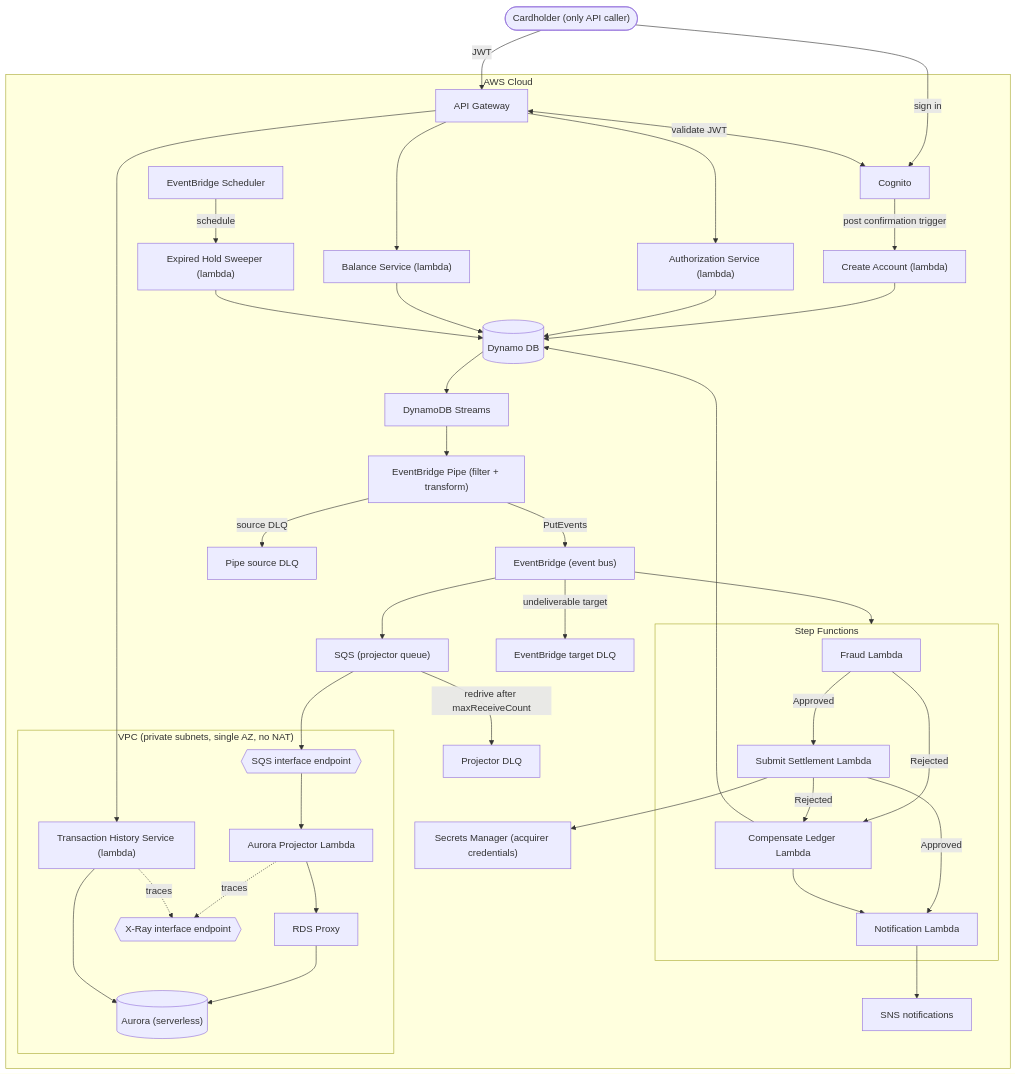
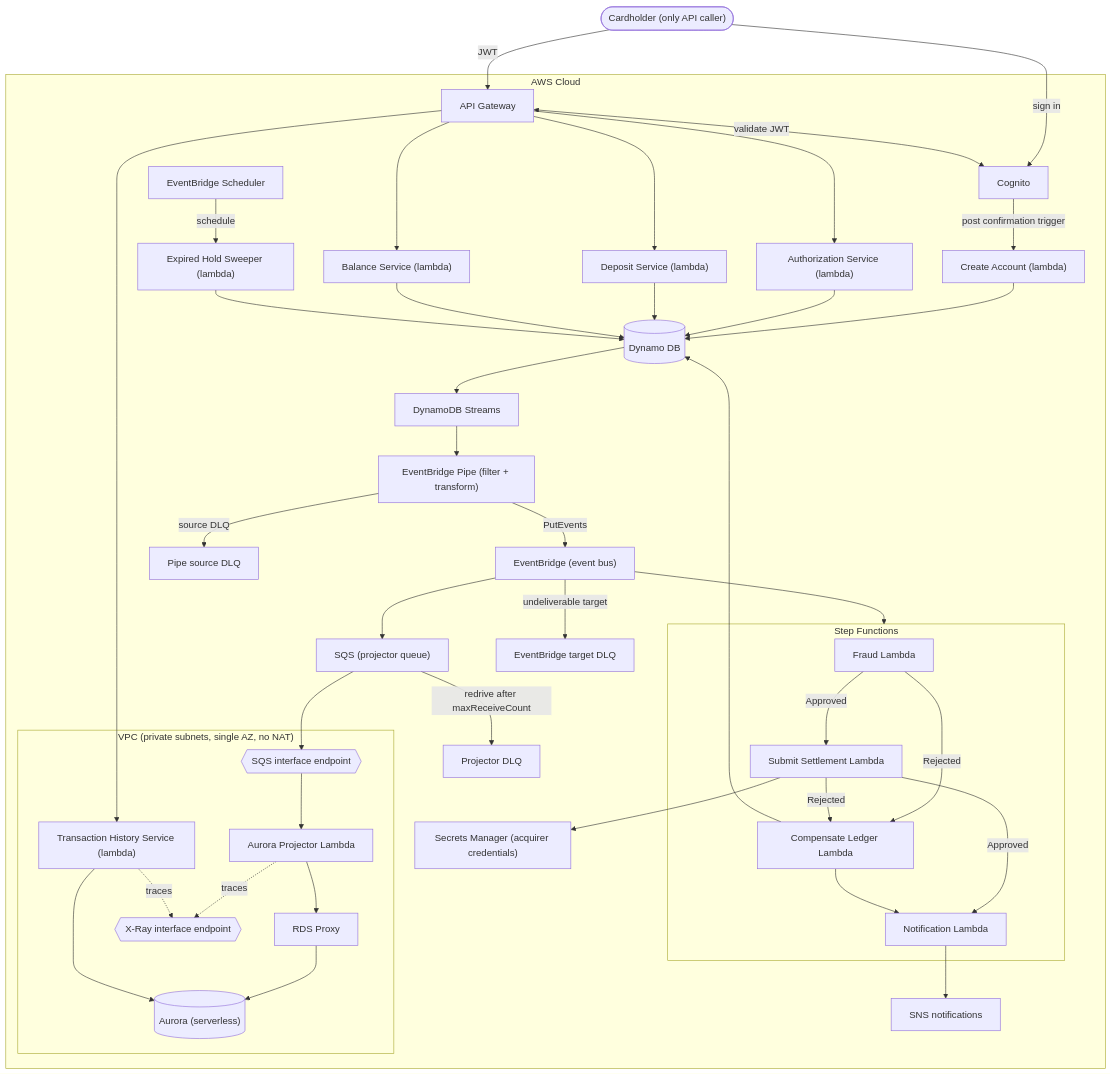
The diagram in docs/design/02-architecture.md (Daniel-Ibarrola/PayLedger), drawn with Mermaid before and after one commit. The commit also changed 6 other files, not shown here.

Commit message:
docs(design): add Deposit Service, API details, and scope updates

````diff
--- a/docs/design/02-architecture.md
+++ b/docs/design/02-architecture.md
@@ -3,77 +3,80 @@
 ```mermaid
 flowchart TB
     Cardholder(["Cardholder (only API caller)"])
 
     subgraph Edge["AWS Cloud"]
         APIGW["API Gateway"]
         Cognito["Cognito"]
         
         AuthServ["Authorization Service (lambda)"]
+        DepositServ["Deposit Service (lambda)"]
         CreateAccount["Create Account (lambda)"]
         DynamoDB[("Dynamo DB")]
         DDBS["DynamoDB Streams"]
         Pipe["EventBridge Pipe (filter + transform)"]
         
         EB["EventBridge (event bus)"]
         Scheduler["EventBridge Scheduler"]
         EHS["Expired Hold Sweeper (lambda)"]
 
         subgraph SF["Step Functions"]
             FraudLambda["Fraud Lambda"]
             SettlementLambda["Submit Settlement Lambda"]
             NotifyLambda["Notification Lambda"]
             CompensateLambda["Compensate Ledger Lambda"]
         end
 
         Secrets["Secrets Manager (acquirer credentials)"]
 
         subgraph VPC["VPC (private subnets, single AZ, no NAT)"]
             ProjectorLambda["Aurora Projector Lambda"]
             RDSP["RDS Proxy"]
             Aurora[("Aurora (serverless)")]
             TxnServ["Transaction History Service (lambda)"]
             SQSEP{{"SQS interface endpoint"}}
             XRayEP{{"X-Ray interface endpoint"}}
         end
 
         SQS["SQS (projector queue)"]
         ProjDLQ["Projector DLQ"]
         EBDLQ["EventBridge target DLQ"]
         FwdDLQ["Pipe source DLQ"]
 
         SNS["SNS notifications"]
 
         BalanceServ["Balance Service (lambda)"]
     end
 
     Cardholder --> |"sign in"| Cognito
     Cardholder --> |"JWT"| APIGW
     APIGW <--> |"validate JWT"| Cognito
     Cognito --> |"post confirmation trigger"| CreateAccount --> DynamoDB
     APIGW --> AuthServ
     AuthServ --> DynamoDB
+    APIGW --> DepositServ
+    DepositServ --> DynamoDB
     DynamoDB --> DDBS --> Pipe --> |"PutEvents"| EB
     Pipe --> |"source DLQ"| FwdDLQ
     
     EB --> SF
     EB --> SQS --> SQSEP --> ProjectorLambda
     EB --> |"undeliverable target"| EBDLQ
     SQS --> |"redrive after maxReceiveCount"| ProjDLQ
     
     FraudLambda --> |"Approved"| SettlementLambda
     FraudLambda --> |"Rejected"| CompensateLambda
     SettlementLambda --> |"Approved"| NotifyLambda
     SettlementLambda --> |"Rejected"| CompensateLambda
     SettlementLambda --> Secrets
     CompensateLambda --> DynamoDB
     CompensateLambda --> NotifyLambda
     NotifyLambda --> SNS
     
     ProjectorLambda --> RDSP --> Aurora
     ProjectorLambda -.-> |"traces"| XRayEP
     TxnServ -.-> |"traces"| XRayEP
     APIGW --> BalanceServ --> DynamoDB
     APIGW --> TxnServ --> Aurora
 
     Scheduler --> |"schedule"| EHS --> DynamoDB
 ```
````
